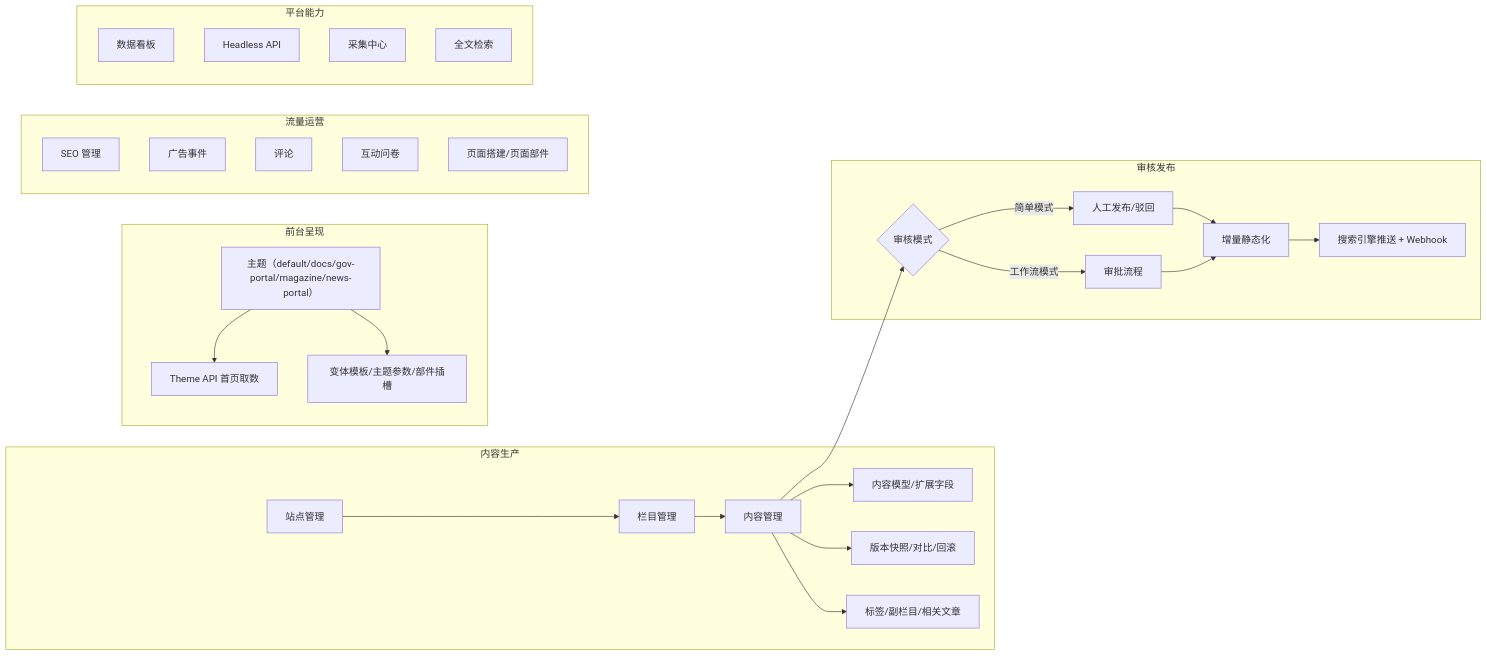
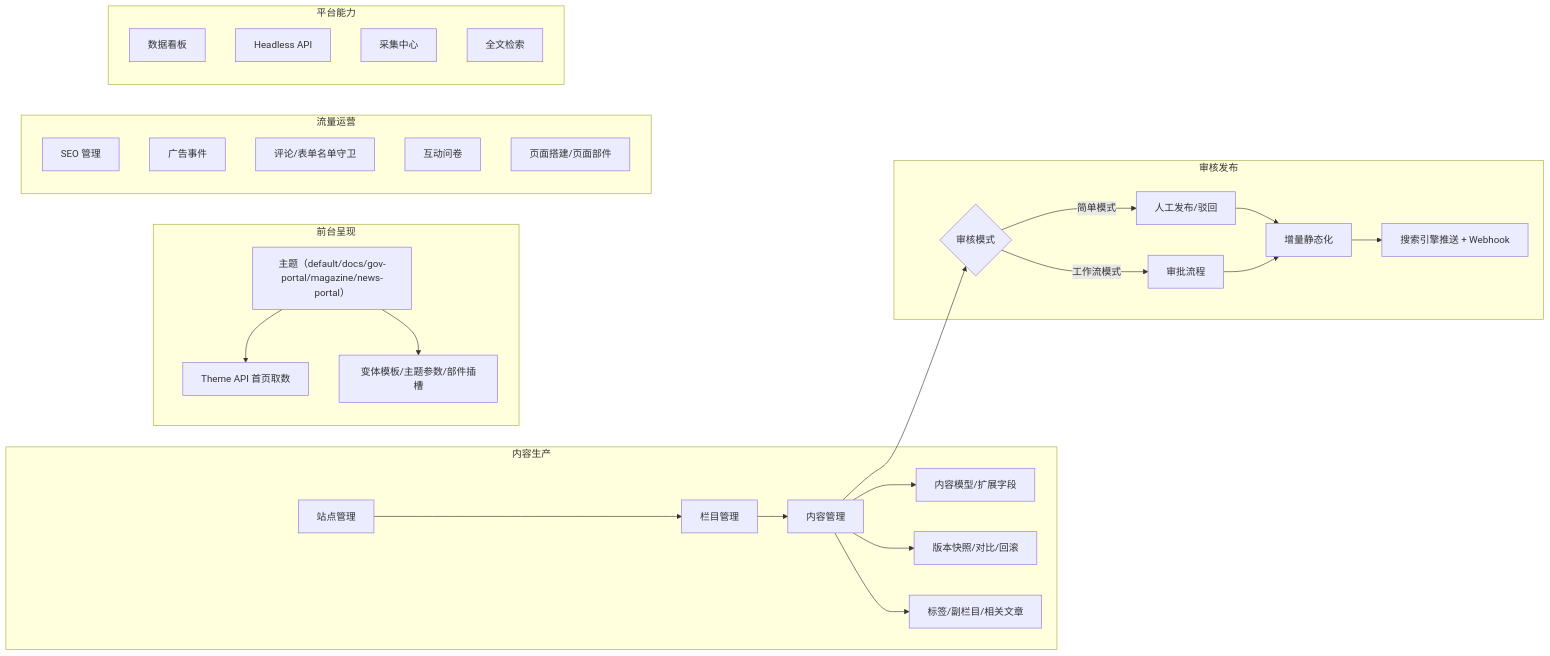
Before and after one commit to WuZhangTing/zenith-admin: the diagram in docs/cms/index.md, drawn with Mermaid. The commit also changed other lines of this file and 130 other files, not shown here.

````diff
--- a/docs/cms/index.md
+++ b/docs/cms/index.md
@@ -7,27 +7,27 @@
 ```mermaid
 graph LR
     subgraph 内容生产
         A[站点管理] --> B[栏目管理]
         B --> C[内容管理]
         C --> C1[内容模型/扩展字段]
         C --> C2[版本快照/对比/回滚]
         C --> C3[标签/副栏目/相关文章]
     end
     subgraph 审核发布
         C --> D{审核模式}
         D -->|简单模式| D1[人工发布/驳回]
         D -->|工作流模式| D2[审批流程]
         D1 & D2 --> E[增量静态化]
         E --> F[搜索引擎推送 + Webhook]
     end
     subgraph 前台呈现
         T[主题（default/docs/gov-portal/magazine/news-portal）] --> T1[Theme API 首页取数]
         T --> T2[变体模板/主题参数/部件插槽]
     end
     subgraph 流量运营
-        G[SEO 管理] & H[广告事件] & I[评论] & J[互动问卷] & K[页面搭建/页面部件]
+        G[SEO 管理] & H[广告事件] & I[评论/表单名单守卫] & J[互动问卷] & K[页面搭建/页面部件]
     end
     subgraph 平台能力
         L[数据看板] & M[Headless API] & N[采集中心] & O[全文检索]
     end
 ```
````
